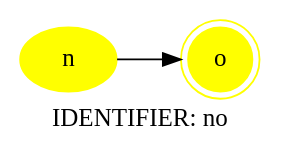
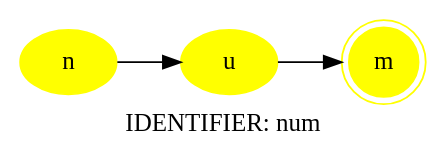
Before and after one commit to Jbrod5/lenguajes: the diagram in parser-py/Plots/3_toPlot.dot, drawn with Graphviz. The commit also changed 15 other files, not shown here.

```diff
--- a/parser-py/Plots/3_toPlot.dot
+++ b/parser-py/Plots/3_toPlot.dot
@@ -1,7 +1,9 @@
 digraph Plot{
    rankdir = LR;
-   label = "IDENTIFIER: no";
+   label = "IDENTIFIER: num";
     n0[style = filled, color = yellow, label = "n"];
-    n1[style = filled, color = yellow, label = "o" ,shape = doublecircle];
+    n1[style = filled, color = yellow, label = "u"];
+    n2[style = filled, color = yellow, label = "m" ,shape = doublecircle];
     n0 -> n1;
+    n1 -> n2;
 }
```
